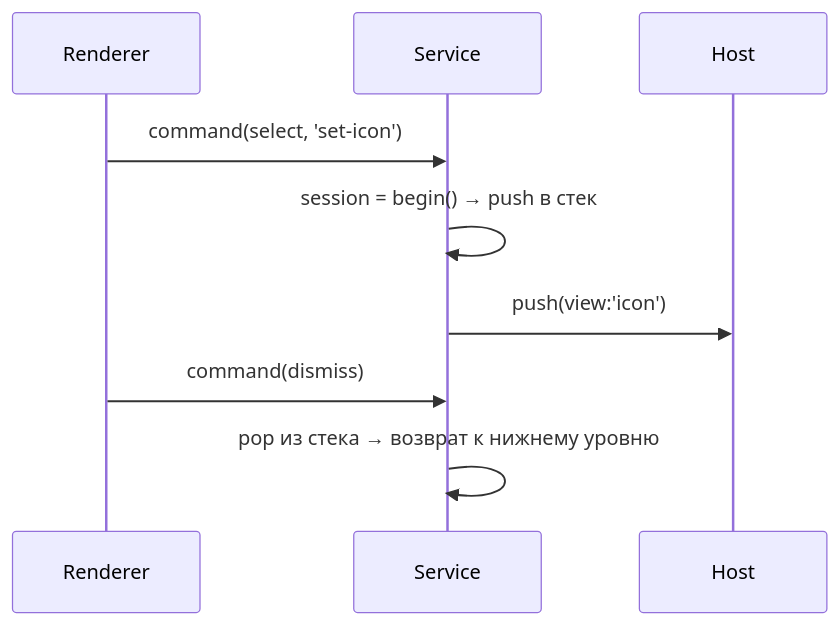
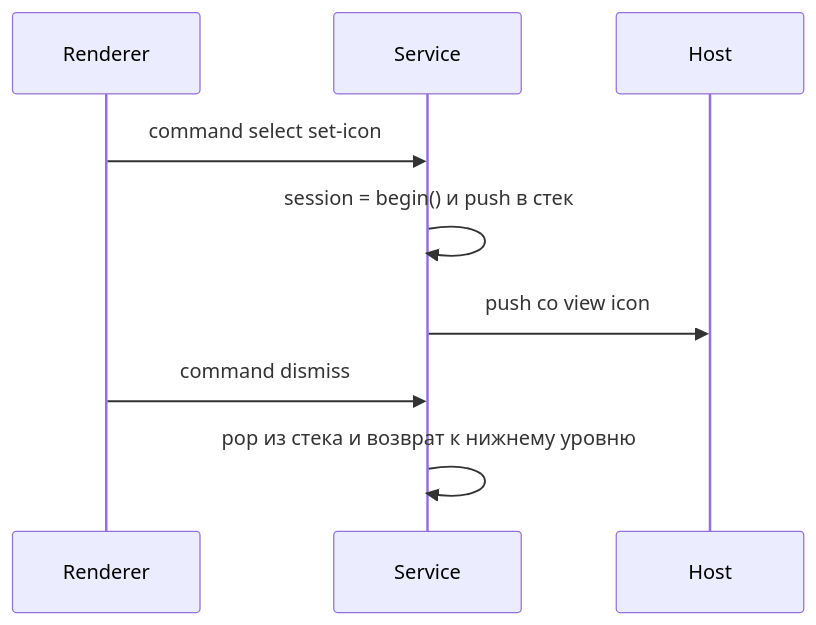
Before and after one commit to trb1mkr/konstruktor: the third of 3 diagrams in src/main/docs/OVERLAY_PLAN.md, drawn with Mermaid. The commit also changed other lines of this file and 14 other files, not shown here.

````diff
--- a/src/main/docs/OVERLAY_PLAN.md
+++ b/src/main/docs/OVERLAY_PLAN.md
@@ -96,11 +206,11 @@
 ```mermaid
 sequenceDiagram
   participant R as Renderer
   participant M as Service
   participant H as Host
-  R->>M: command(select, 'set-icon')
-  M->>M: session = begin() → push в стек
-  M->>H: push(view:'icon')
-  R->>M: command(dismiss)
-  M->>M: pop из стека → возврат к нижнему уровню
+  R->>M: command select set-icon
+  M->>M: session = begin() и push в стек
+  M->>H: push со view icon
+  R->>M: command dismiss
+  M->>M: pop из стека и возврат к нижнему уровню
 ```
````
